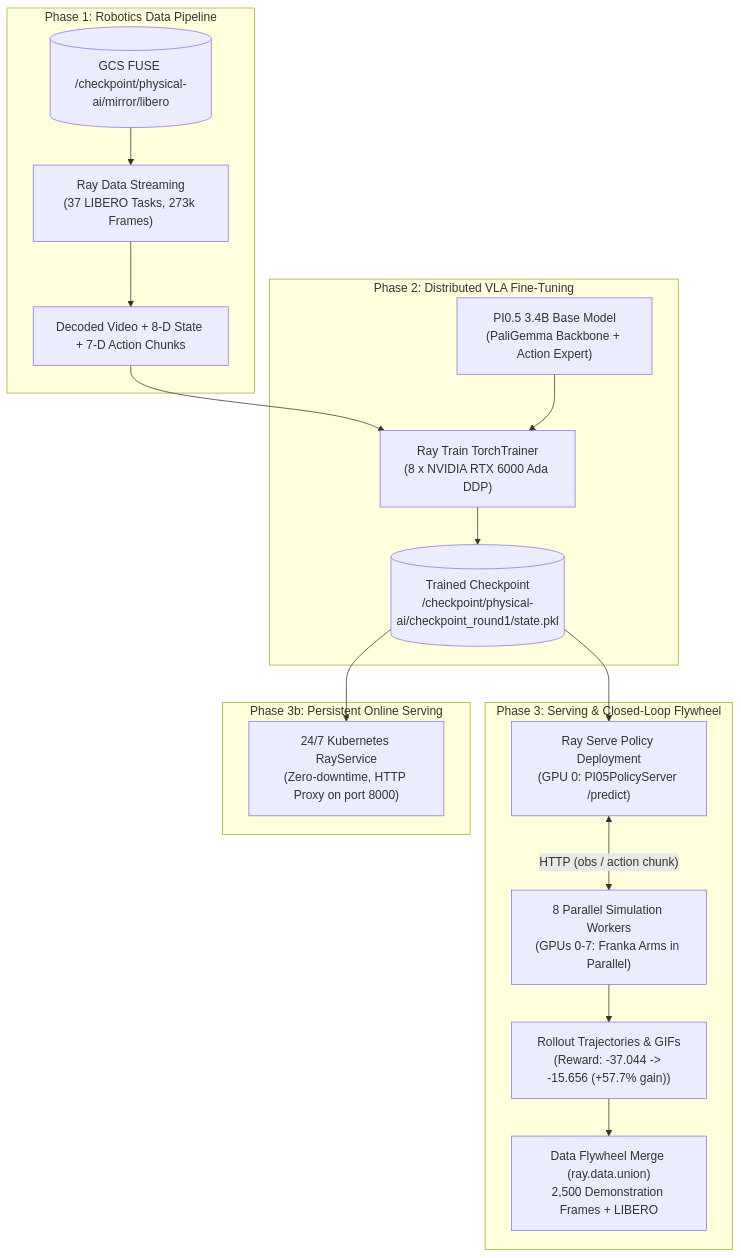
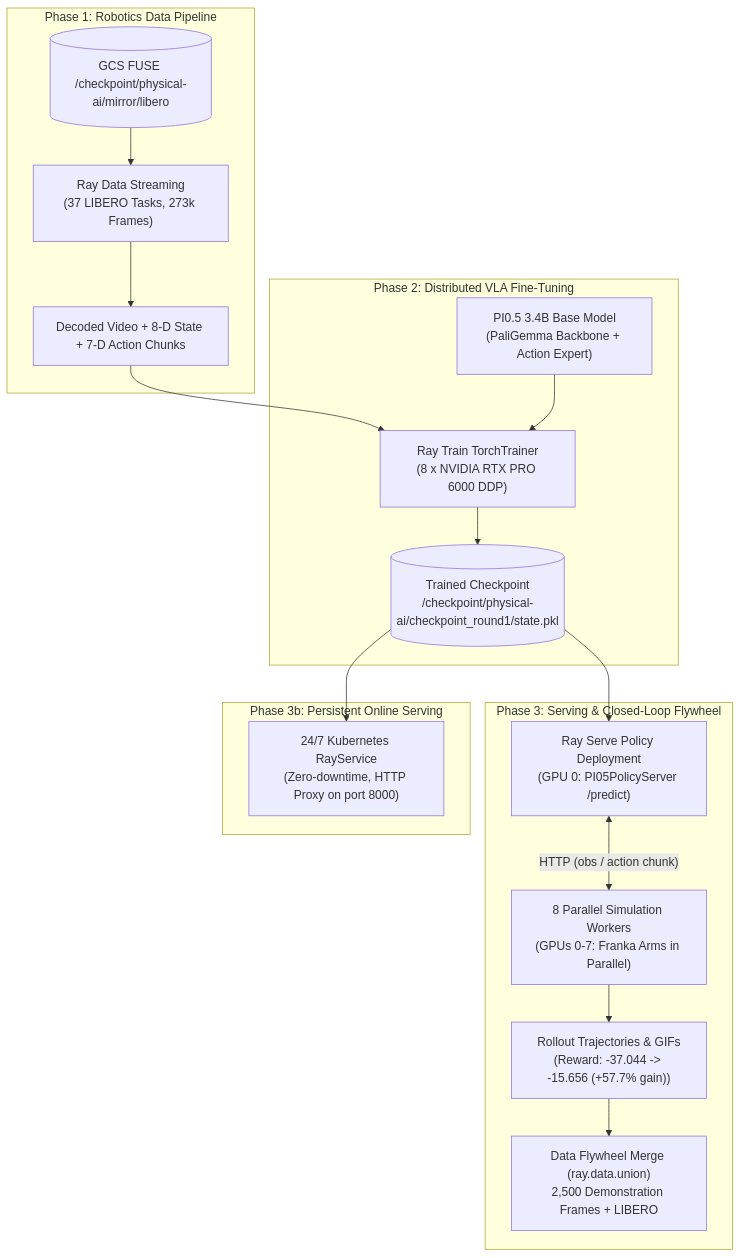
One commit to GoogleCloudPlatform/kubernetes-engine-samples changed the diagram in ai-ml/physical-ai-on-gke/README.md. Above: the diagram before and after it, drawn with Mermaid. The commit also changed other lines of this file and 12 other files, not shown here.

````diff
--- a/ai-ml/physical-ai-on-gke/README.md
+++ b/ai-ml/physical-ai-on-gke/README.md
@@ -16,24 +19,24 @@
 ```mermaid
 flowchart TD
     subgraph S1["Phase 1: Robotics Data Pipeline"]
         GCS1[("GCS FUSE /checkpoint/physical-ai/mirror/libero")] --> RD["Ray Data Streaming<br>(37 LIBERO Tasks, 273k Frames)"]
         RD --> PP["Decoded Video + 8-D State + 7-D Action Chunks"]
     end
 
     subgraph S2["Phase 2: Distributed VLA Fine-Tuning"]
-        PP --> DT["Ray Train TorchTrainer<br>(8 x NVIDIA RTX 6000 Ada DDP)"]
+        PP --> DT["Ray Train TorchTrainer<br>(8 x NVIDIA RTX PRO 6000 DDP)"]
         PI["PI0.5 3.4B Base Model<br>(PaliGemma Backbone + Action Expert)"] --> DT
         DT --> CKPT[("Trained Checkpoint<br>/checkpoint/physical-ai/checkpoint_round1/state.pkl")]
     end
 
     subgraph S3["Phase 3: Serving & Closed-Loop Flywheel"]
         CKPT --> RS["Ray Serve Policy Deployment<br>(GPU 0: PI05PolicyServer /predict)"]
         RS <-->|"HTTP (obs / action chunk)"| SIM["8 Parallel Simulation Workers<br>(GPUs 0-7: Franka Arms in Parallel)"]
         SIM --> TRAJ["Rollout Trajectories & GIFs<br>(Reward: -37.044 -> -15.656 (+57.7% gain))"]
         TRAJ --> FW["Data Flywheel Merge (ray.data.union)<br>2,500 Demonstration Frames + LIBERO"]
     end
 
     subgraph S4["Phase 3b: Persistent Online Serving"]
         CKPT --> KS["24/7 Kubernetes RayService<br>(Zero-downtime, HTTP Proxy on port 8000)"]
     end
 ```
````
